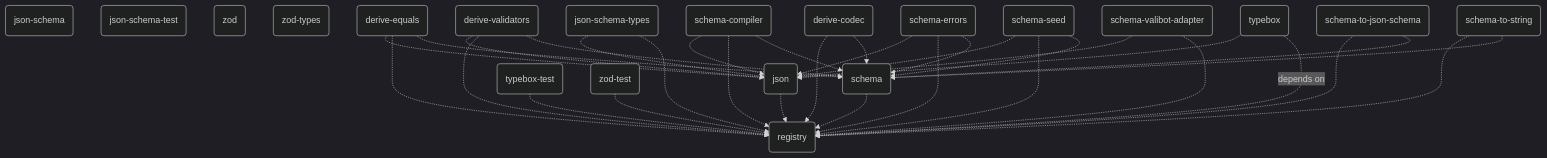
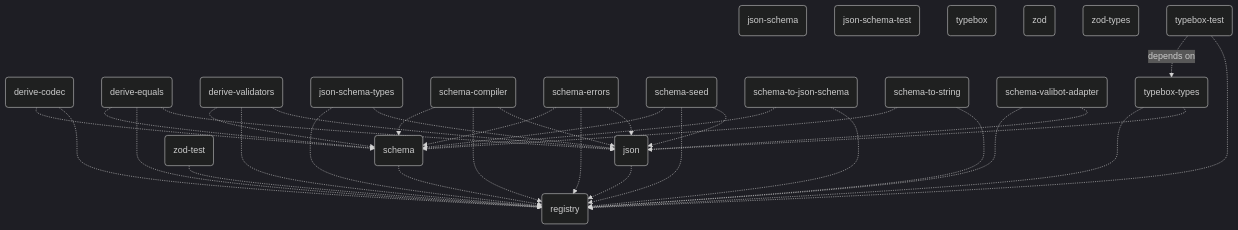
One commit to traversable/schema changed the diagram in README.md. Above: the diagram before and after it, drawn with Mermaid (dark theme). The commit also changed 29 other files, not shown here.

Commit message:
init(typebox-types): initializes `@traversable/typebox-types`

````diff
--- a/README.md
+++ b/README.md
@@ -497,39 +497,41 @@
 ```mermaid
 flowchart TD
     json-schema(json-schema)
     json-schema-test(json-schema-test)
     registry(registry)
+    typebox(typebox)
     zod(zod)
     zod-types(zod-types)
     json(json) -.-> registry(registry)
     schema(schema) -.-> registry(registry)
-    typebox-test(typebox-test) -.-> registry(registry)
     zod-test(zod-test) -.-> registry(registry)
     derive-codec(derive-codec) -.-> registry(registry)
     derive-codec(derive-codec) -.-> schema(schema)
     derive-equals(derive-equals) -.-> json(json)
     derive-equals(derive-equals) -.-> registry(registry)
     derive-equals(derive-equals) -.-> schema(schema)
     derive-validators(derive-validators) -.-> json(json)
     derive-validators(derive-validators) -.-> registry(registry)
     derive-validators(derive-validators) -.-> schema(schema)
     json-schema-types(json-schema-types) -.-> json(json)
     json-schema-types(json-schema-types) -.-> registry(registry)
     schema-compiler(schema-compiler) -.-> json(json)
     schema-compiler(schema-compiler) -.-> registry(registry)
     schema-compiler(schema-compiler) -.-> schema(schema)
     schema-errors(schema-errors) -.-> json(json)
     schema-errors(schema-errors) -.-> registry(registry)
     schema-errors(schema-errors) -.-> schema(schema)
     schema-seed(schema-seed) -.-> json(json)
     schema-seed(schema-seed) -.-> registry(registry)
     schema-seed(schema-seed) -.-> schema(schema)
     schema-to-json-schema(schema-to-json-schema) -.-> registry(registry)
     schema-to-json-schema(schema-to-json-schema) -.-> schema(schema)
     schema-to-string(schema-to-string) -.-> registry(registry)
     schema-to-string(schema-to-string) -.-> schema(schema)
     schema-valibot-adapter(schema-valibot-adapter) -.-> json(json)
     schema-valibot-adapter(schema-valibot-adapter) -.-> registry(registry)
-    typebox(typebox) -.-> json(json)
-    typebox(typebox) -.depends on.-> registry(registry)
+    typebox-types(typebox-types) -.-> json(json)
+    typebox-types(typebox-types) -.-> registry(registry)
+    typebox-test(typebox-test) -.-> registry(registry)
+    typebox-test(typebox-test) -.depends on.-> typebox-types(typebox-types)
 ```
````
